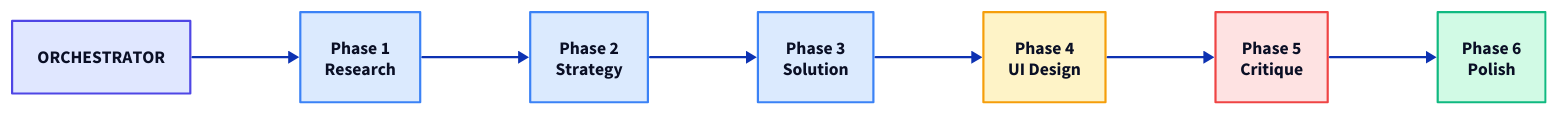
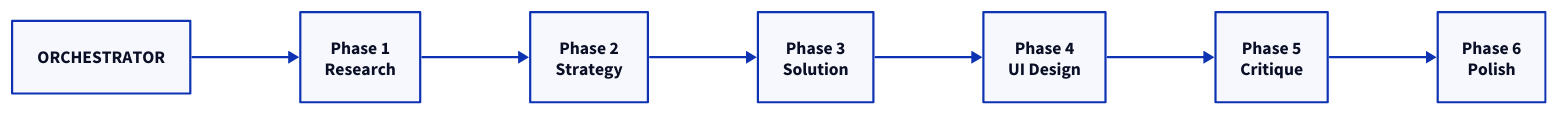
Before and after one commit to smileynet/ui-optimizer: the second of 12 diagrams in docs/reference/diagram-comparison.md, drawn with D2. The commit also changed other lines of this file, not shown here.

Commit message:
Remove hardcoded D2 colors, let theme handle contrast

````diff
--- a/docs/reference/diagram-comparison.md
+++ b/docs/reference/diagram-comparison.md
@@ -44,41 +44,15 @@
 ```d2
 direction: right
 
-orchestrator: ORCHESTRATOR {
-  style.fill: "#e0e7ff"
-  style.stroke: "#4f46e5"
-}
+orchestrator: ORCHESTRATOR
 
-p1: Phase 1\nResearch {
-  style.fill: "#dbeafe"
-  style.stroke: "#3b82f6"
-}
-
-p2: Phase 2\nStrategy {
-  style.fill: "#dbeafe"
-  style.stroke: "#3b82f6"
-}
-
-p3: Phase 3\nSolution {
-  style.fill: "#dbeafe"
-  style.stroke: "#3b82f6"
-}
-
-p4: Phase 4\nUI Design {
-  style.fill: "#fef3c7"
-  style.stroke: "#f59e0b"
-}
-
-p5: Phase 5\nCritique {
-  style.fill: "#fee2e2"
-  style.stroke: "#ef4444"
-}
-
-p6: Phase 6\nPolish {
-  style.fill: "#d1fae5"
-  style.stroke: "#10b981"
-}
+p1: Phase 1\nResearch
+p2: Phase 2\nStrategy
+p3: Phase 3\nSolution
+p4: Phase 4\nUI Design
+p5: Phase 5\nCritique
+p6: Phase 6\nPolish
 
 orchestrator -> p1
 p1 -> p2 -> p3 -> p4 -> p5 -> p6
 ```
````
